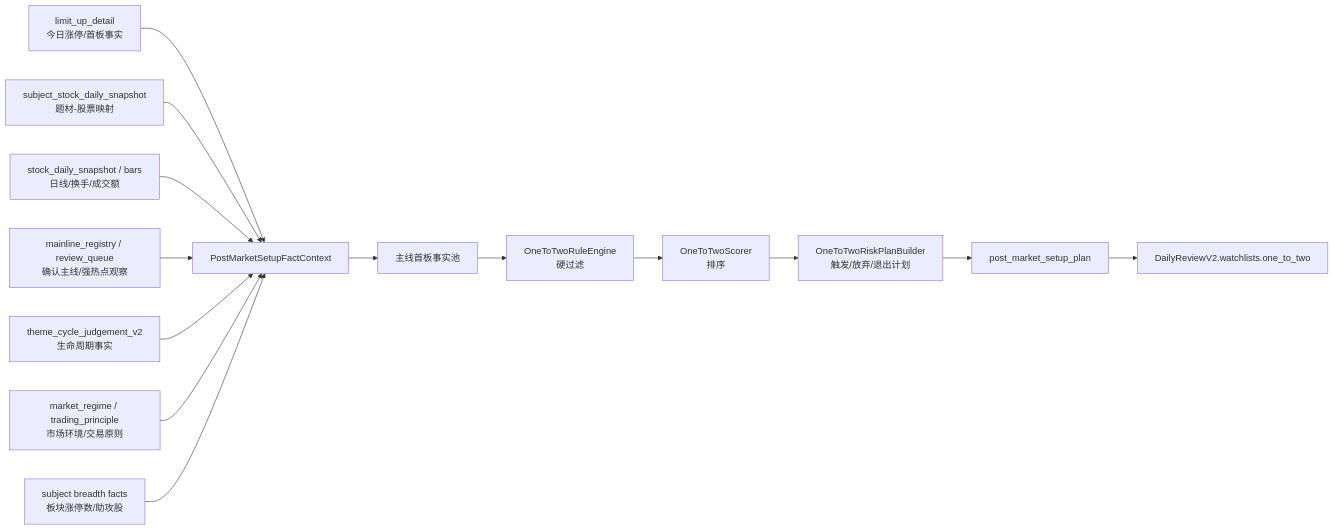
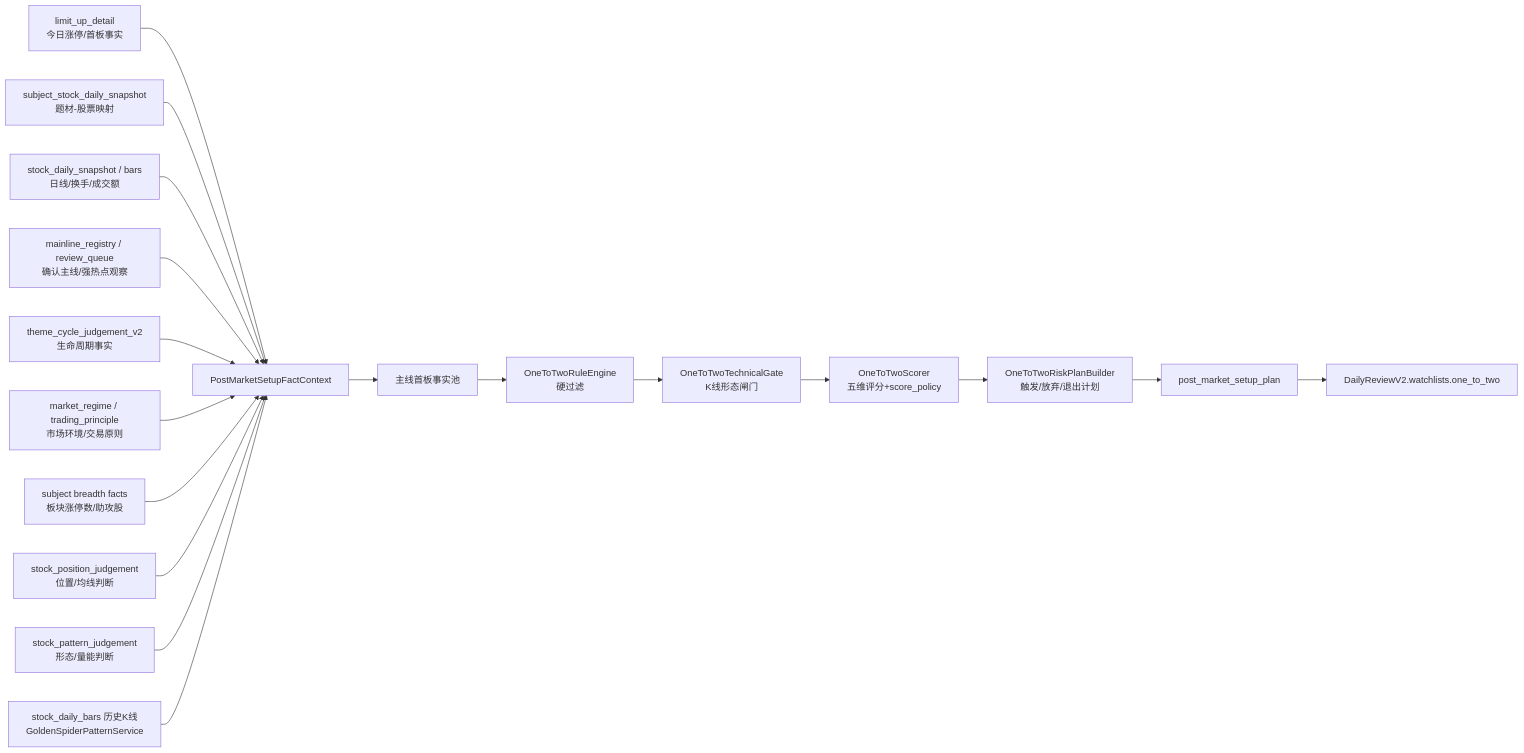
One commit to tonychang925-dev/ai_theme_app changed the third of 4 diagrams in docs/architecture/one_to_two_daily_review_architecture.md. Above: the diagram before and after it, drawn with Mermaid. The commit also changed other lines of this file and 4 other files, not shown here.

First line of the commit message:
refactor(one-to-two): unify LimitUpDetector + fix subject_key normalization

````diff
--- a/docs/architecture/one_to_two_daily_review_architecture.md
+++ b/docs/architecture/one_to_two_daily_review_architecture.md
@@ -362,16 +418,20 @@
 ```mermaid
 flowchart LR
     A[limit_up_detail<br/>今日涨停/首板事实] --> G[PostMarketSetupFactContext]
     B[subject_stock_daily_snapshot<br/>题材-股票映射] --> G
     C[stock_daily_snapshot / bars<br/>日线/换手/成交额] --> G
     D[mainline_registry / review_queue<br/>确认主线/强热点观察] --> G
     E[theme_cycle_judgement_v2<br/>生命周期事实] --> G
     F[market_regime / trading_principle<br/>市场环境/交易原则] --> G
     H[subject breadth facts<br/>板块涨停数/助攻股] --> G
+    K1[stock_position_judgement<br/>位置/均线判断] --> G
+    K2[stock_pattern_judgement<br/>形态/量能判断] --> G
+    K3[stock_daily_bars 历史K线<br/>GoldenSpiderPatternService] --> G
     G --> I[主线首板事实池]
     I --> J[OneToTwoRuleEngine<br/>硬过滤]
-    J --> K[OneToTwoScorer<br/>排序]
+    J --> J2[OneToTwoTechnicalGate<br/>K线形态闸门]
+    J2 --> K[OneToTwoScorer<br/>五维评分+score_policy]
     K --> L[OneToTwoRiskPlanBuilder<br/>触发/放弃/退出计划]
     L --> M[post_market_setup_plan]
     M --> N[DailyReviewV2.watchlists.one_to_two]
 ```
````
